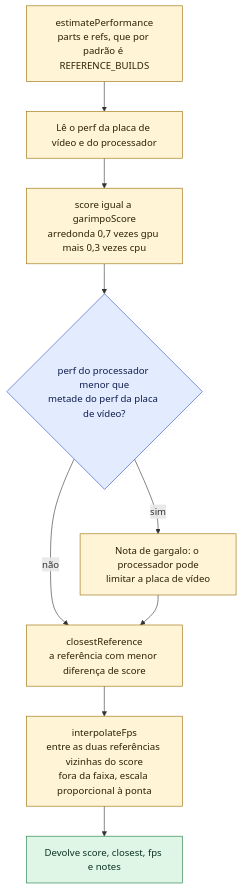
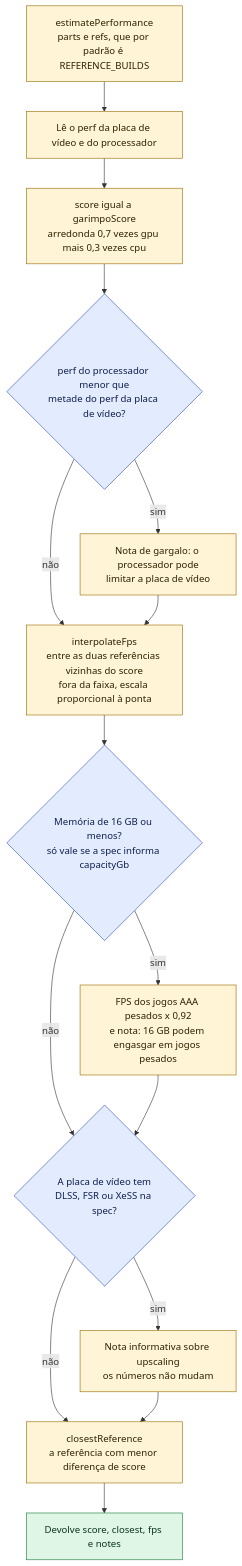
The fourth of 4 diagrams in docs/diagramas/fluxo-montador.md (FEJAPA/Garimpo-PC), drawn with Mermaid before and after one commit. The commit also changed other lines of this file and 6 other files, not shown here.

First line of the commit message:
wip(v2): instantâneo dos diagramas (onda 1, em finalização)

````diff
--- a/docs/diagramas/fluxo-montador.md
+++ b/docs/diagramas/fluxo-montador.md
@@ -169,16 +176,22 @@
 ```mermaid
 flowchart TD
     classDef passo fill:#fff4d6,stroke:#9a6b00,color:#2b2200
     classDef decisao fill:#e3ecff,stroke:#2f4fbf,color:#0f1d4d
     classDef ok fill:#dff5e6,stroke:#1b7a3f,color:#0b3320
 
     E0["estimatePerformance<br/>parts e refs, que por padrão é REFERENCE_BUILDS"]:::passo
     E0 --> E1["Lê o perf da placa de vídeo e do processador"]:::passo
     E1 --> E2["score igual a garimpoScore<br/>arredonda 0,7 vezes gpu mais 0,3 vezes cpu"]:::passo
     E2 --> E3{"perf do processador menor que<br/>metade do perf da placa de vídeo?"}:::decisao
     E3 -->|"sim"| E4["Nota de gargalo: o processador pode<br/>limitar a placa de vídeo"]:::passo
     E3 -->|"não"| E5
-    E4 --> E5["closestReference<br/>a referência com menor diferença de score"]:::passo
-    E5 --> E6["interpolateFps<br/>entre as duas referências vizinhas do score<br/>fora da faixa, escala proporcional à ponta"]:::passo
-    E6 --> E7["Devolve score, closest, fps e notes"]:::ok
+    E4 --> E5["interpolateFps<br/>entre as duas referências vizinhas do score<br/>fora da faixa, escala proporcional à ponta"]:::passo
+    E5 --> E6{"Memória de 16 GB ou menos?<br/>só vale se a spec informa capacityGb"}:::decisao
+    E6 -->|"sim"| E7["FPS dos jogos AAA pesados x 0,92<br/>e nota: 16 GB podem engasgar em jogos pesados"]:::passo
+    E6 -->|"não"| E8
+    E7 --> E8{"A placa de vídeo tem<br/>DLSS, FSR ou XeSS na spec?"}:::decisao
+    E8 -->|"sim"| E9["Nota informativa sobre upscaling<br/>os números não mudam"]:::passo
+    E8 -->|"não"| E10
+    E9 --> E10["closestReference<br/>a referência com menor diferença de score"]:::passo
+    E10 --> E11["Devolve score, closest, fps e notes"]:::ok
 ```
````
